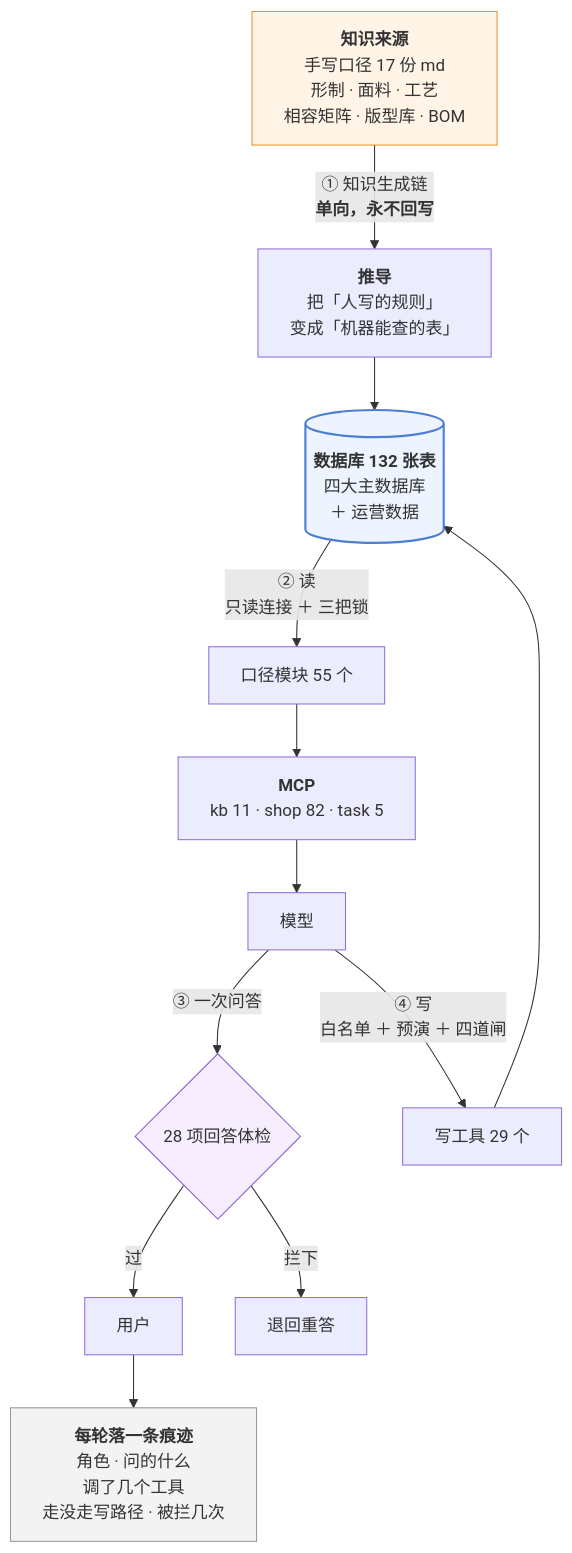
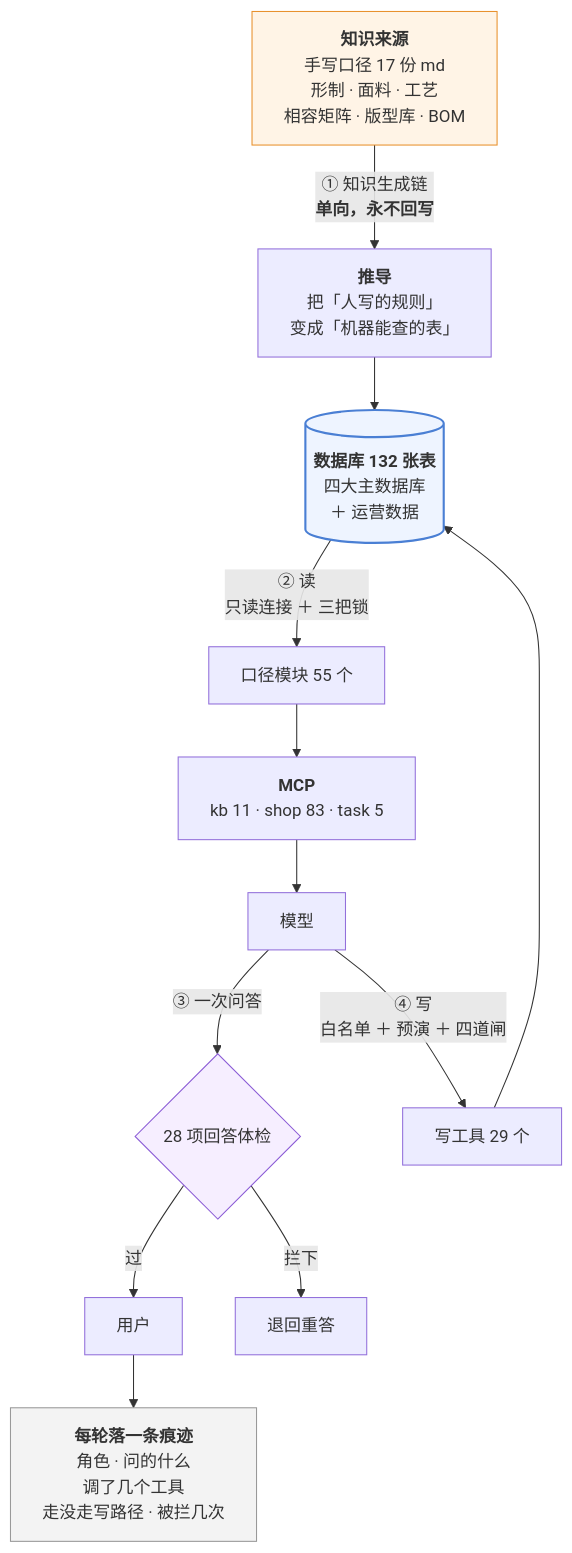
One commit to 843773296-rgb/lanxiu-yunshang-agent changed the third of 3 diagrams in 澜绣云裳agent-产品说明.md. Above: the diagram before and after it, drawn with Mermaid. The commit also changed other lines of this file and 15 other files, not shown here.

````diff
--- a/澜绣云裳agent-产品说明.md
+++ b/澜绣云裳agent-产品说明.md
@@ -1043,24 +1044,24 @@
 ```mermaid
 flowchart TD
     MD["<b>知识来源</b><br/>手写口径 17 份 md<br/>形制 · 面料 · 工艺<br/>相容矩阵 · 版型库 · BOM"]
     MD -->|"① 知识生成链<br/><b>单向，永不回写</b>"| DV["<b>推导</b><br/>把「人写的规则」<br/>变成「机器能查的表」"]
     DV --> DB[("<b>数据库 132 张表</b><br/>四大主数据库<br/>＋ 运营数据")]
 
     DB -->|"② 读<br/>只读连接 ＋ 三把锁"| KJ["口径模块 55 个"]
-    KJ --> MCP["<b>MCP</b><br/>kb 11 · shop 82 · task 5"]
+    KJ --> MCP["<b>MCP</b><br/>kb 11 · shop 83 · task 5"]
     MCP --> LLM["模型"]
 
     LLM -->|"③ 一次问答"| GD{"28 项回答体检"}
     GD -- 过 --> U["用户"]
     GD -- 拦下 --> RE["退回重答"]
 
     LLM -->|"④ 写<br/>白名单 ＋ 预演 ＋ 四道闸"| W["写工具 29 个"]
     W --> DB
 
     U --> TR["<b>每轮落一条痕迹</b><br/>角色 · 问的什么<br/>调了几个工具<br/>走没走写路径 · 被拦几次"]
 
     style MD fill:#fff4e6,stroke:#e8912d
     style DB fill:#eef4ff,stroke:#4a7fd4,stroke-width:2px
     style GD fill:#f6eeff,stroke:#8b5cd6
     style TR fill:#f3f3f3,stroke:#999
 ```
````
